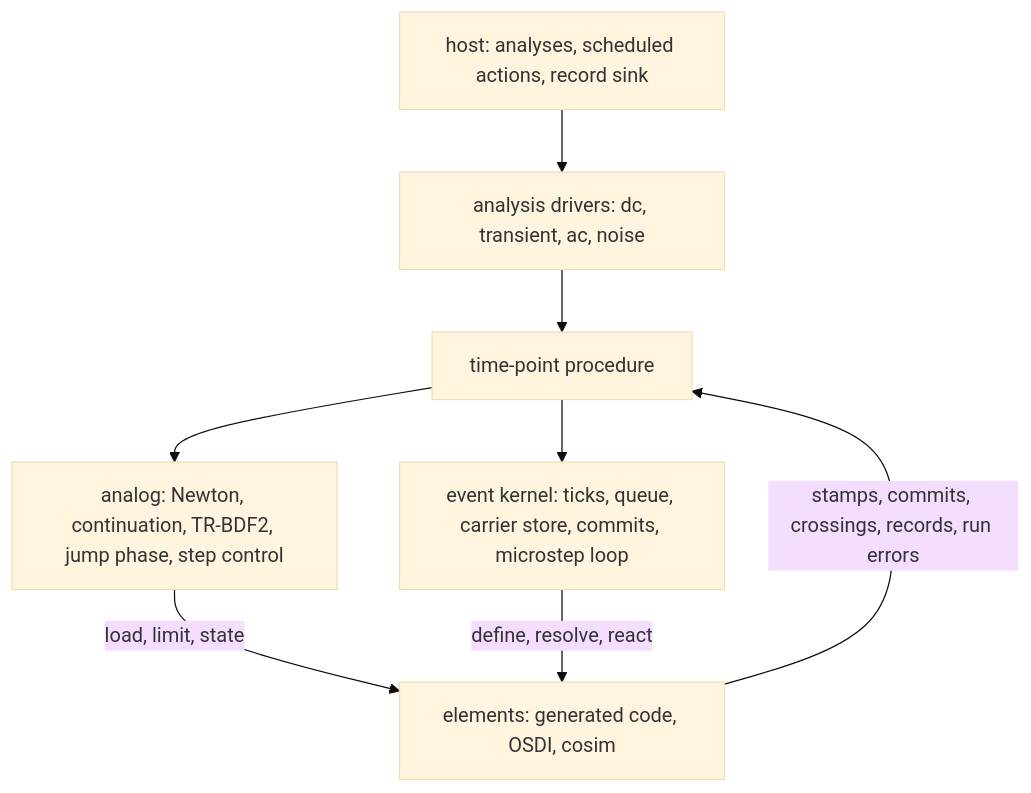
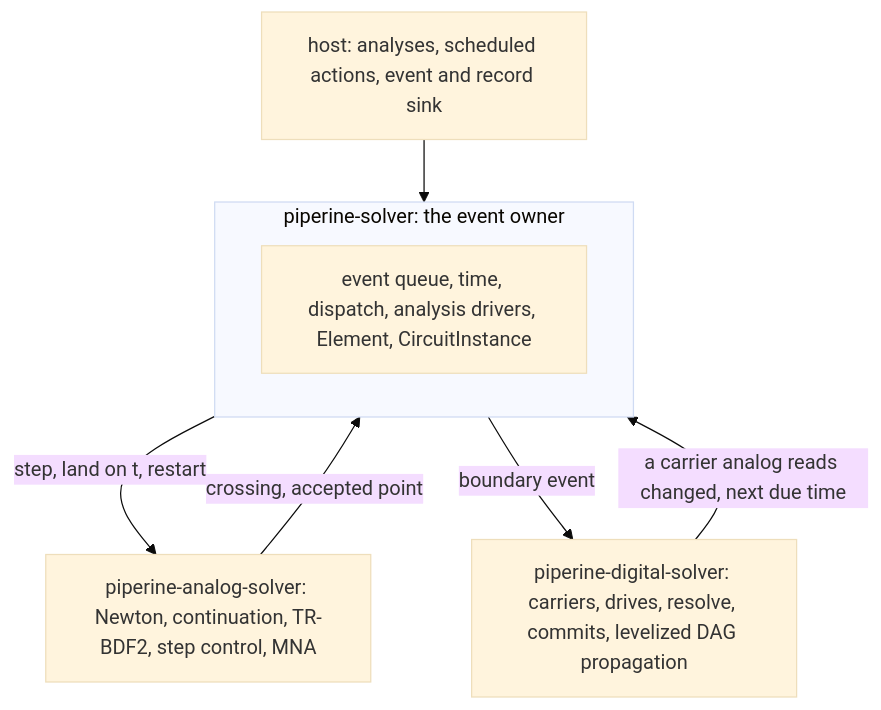
Before and after one commit to vkeslarek/piperine: the first of 2 diagrams in .specs/features/solver-completeness/design.md, drawn with Mermaid (base theme). The commit also changed other lines of this file and 3 other files, not shown here.

````diff
--- a/.specs/features/solver-completeness/design.md
+++ b/.specs/features/solver-completeness/design.md
@@ -12,10 +12,11 @@
 ```mermaid
 flowchart TD
-    Host[host: analyses, scheduled actions, record sink] --> Drv[analysis drivers: dc, transient, ac, noise]
-    Drv --> TP[time-point procedure]
-    TP --> AN[analog: Newton, continuation, TR-BDF2, jump phase, step control]
-    TP --> KN[event kernel: ticks, queue, carrier store, commits, microstep loop]
-    AN -- load, limit, state --> EL[elements: generated code, OSDI, cosim]
-    KN -- define, resolve, react --> EL
-    EL -- stamps, commits, crossings, records, run errors --> TP
+    Host[host: analyses, scheduled actions, event and record sink] --> Own
+    subgraph Own[piperine-solver: the event owner]
+        Q[event queue, time, dispatch, analysis drivers, Element, CircuitInstance]
+    end
+    Own -- step, land on t, restart --> An[piperine-analog-solver: Newton, continuation, TR-BDF2, step control, MNA]
+    Own -- boundary event --> Dg[piperine-digital-solver: carriers, drives, resolve, commits, levelized DAG propagation]
+    An -- crossing, accepted point --> Own
+    Dg -- a carrier analog reads changed, next due time --> Own
 ```
````
